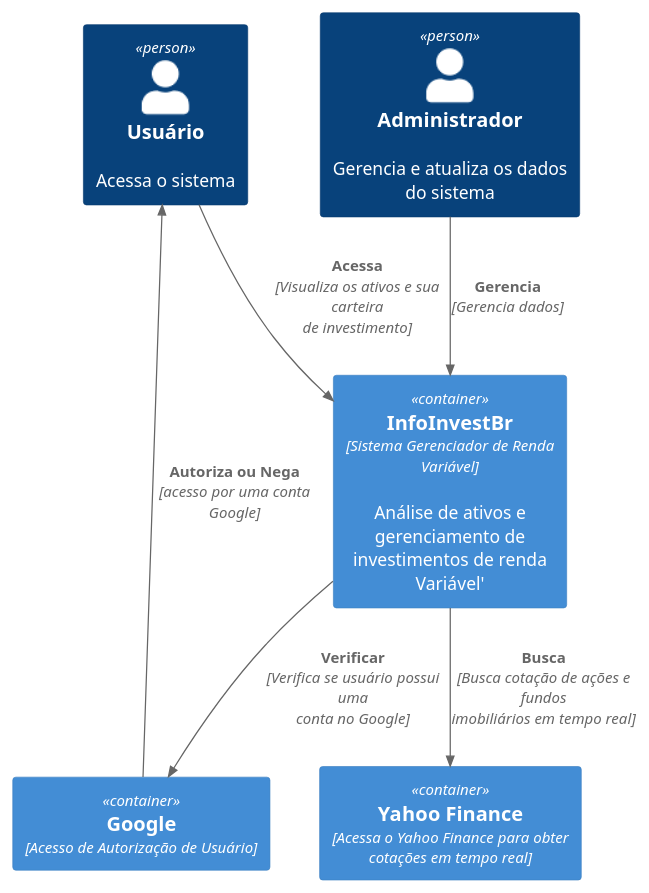
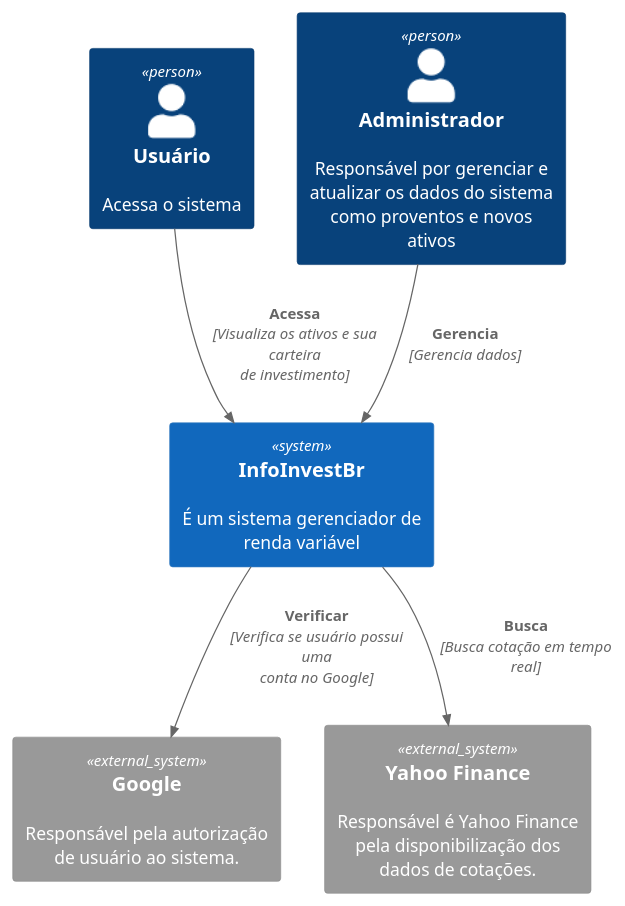
Before and after one commit to EduardoSampaio/infoinvestbr: the diagram in docs/contexto.plantuml, drawn with PlantUML. The commit also changed 4 other files, not shown here.

Commit message:
[Em Andamento] diagramas

```diff
--- a/docs/contexto.plantuml
+++ b/docs/contexto.plantuml
@@ -1,14 +1,15 @@
 @startuml DiagramaContexto
-!include https://raw.githubusercontent.com/plantuml-stdlib/C4-PlantUML/master/C4_Container.puml
+!include https://raw.githubusercontent.com/plantuml-stdlib/C4-PlantUML/master/C4_Context.puml
 
 Person(personAlias, "Usuário", "Acessa o sistema")
-Container(applicacao, "InfoInvestBr", "Sistema Gerenciador de Renda Variável","Análise de ativos e gerenciamento de investimentos de renda Variável'")
-Container(autoricaoGoogle, "Google", "Acesso de Autorização de Usuário")
-Container(yahooFinance, "Yahoo Finance", "Acessa o Yahoo Finance para obter cotações em tempo real")
-Person(admin, "Administrador" , "Gerencia e atualiza os dados do sistema")
+System(applicacao, "InfoInvestBr", "É um sistema gerenciador de renda variável")
+System_Ext(autoricaoGoogle, "Google", "Responsável pela autorização de usuário ao sistema.")
+System_Ext(yahooFinance, "Yahoo Finance", "Responsável é Yahoo Finance  pela disponibilização dos dados de cotações.")
+Person(admin, "Administrador" , "Responsável por gerenciar e atualizar os dados do sistema como proventos e novos ativos")
+
+
 Rel(personAlias, applicacao, "Acessa", "Visualiza os ativos e sua carteira de investimento")
-Rel(autoricaoGoogle,personAlias, "Autoriza ou Nega", "acesso por uma conta Google")
 Rel(applicacao,autoricaoGoogle, "Verificar", "Verifica se usuário possui uma conta no Google")
-Rel(applicacao,yahooFinance, "Busca", "Busca cotação de ações e fundos imobiliários em tempo real")
+Rel(applicacao,yahooFinance, "Busca", "Busca cotação em tempo real")
 Rel(admin, applicacao, "Gerencia", "Gerencia dados")
 @endumls
```
